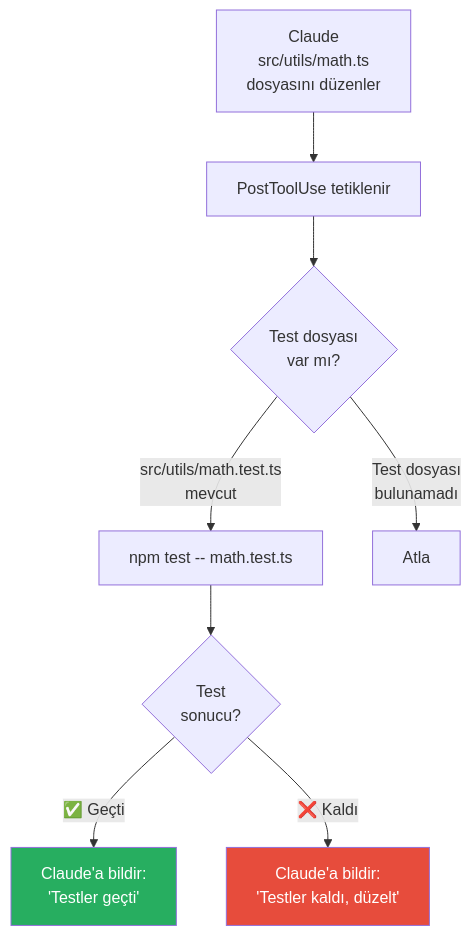
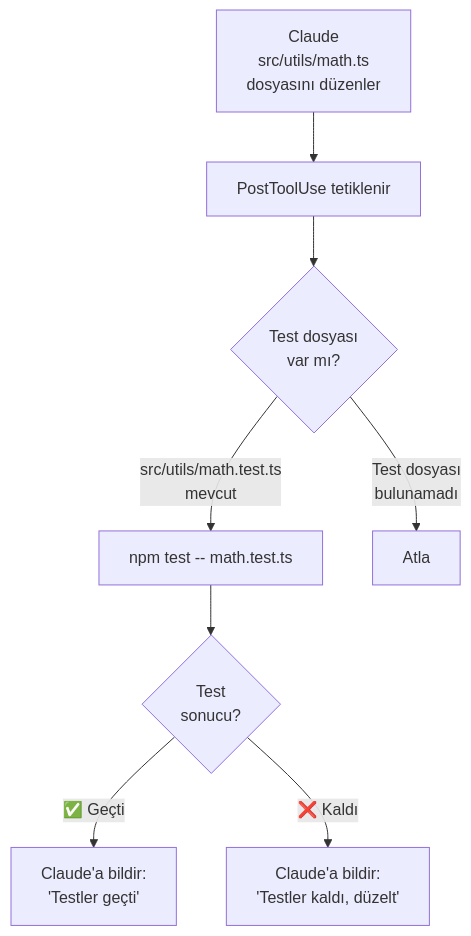
Before and after one commit to IzzetYasinAtes/ClaudeCodeHandbook: the seventh of 9 diagrams in 14-hooks-ve-otomasyon/05-hook-ornekleri-ve-tarifler.md, drawn with Mermaid. The commit also changed other lines of this file and 97 other files, not shown here.

Commit message:
Remove all custom Mermaid style/fill colors from 98 markdown files for consistent dark theme rendering

````diff
--- a/14-hooks-ve-otomasyon/05-hook-ornekleri-ve-tarifler.md
+++ b/14-hooks-ve-otomasyon/05-hook-ornekleri-ve-tarifler.md
@@ -458,13 +439,11 @@
 ```mermaid
 flowchart TD
     A["Claude<br/>src/utils/math.ts<br/>dosyasını düzenler"] --> B["PostToolUse tetiklenir"]
     B --> C{"Test dosyası<br/>var mı?"}
     C -->|"src/utils/math.test.ts<br/>mevcut"| D["npm test -- math.test.ts"]
     C -->|"Test dosyası<br/>bulunamadı"| E["Atla"]
     D --> F{"Test<br/>sonucu?"}
     F -->|"✅ Geçti"| G["Claude'a bildir:<br/>'Testler geçti'"]
     F -->|"❌ Kaldı"| H["Claude'a bildir:<br/>'Testler kaldı, düzelt'"]
 
-    style G fill:#27AE60,color:#fff
-    style H fill:#E74C3C,color:#fff
 ```
````
